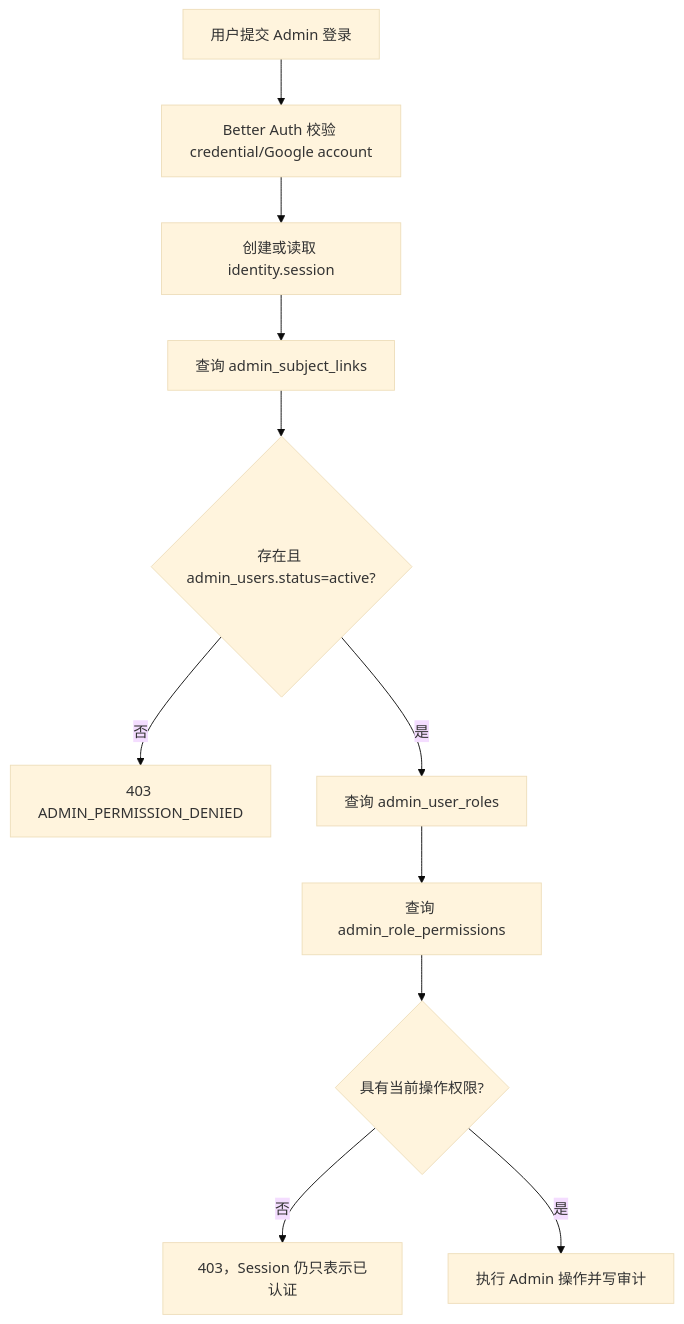
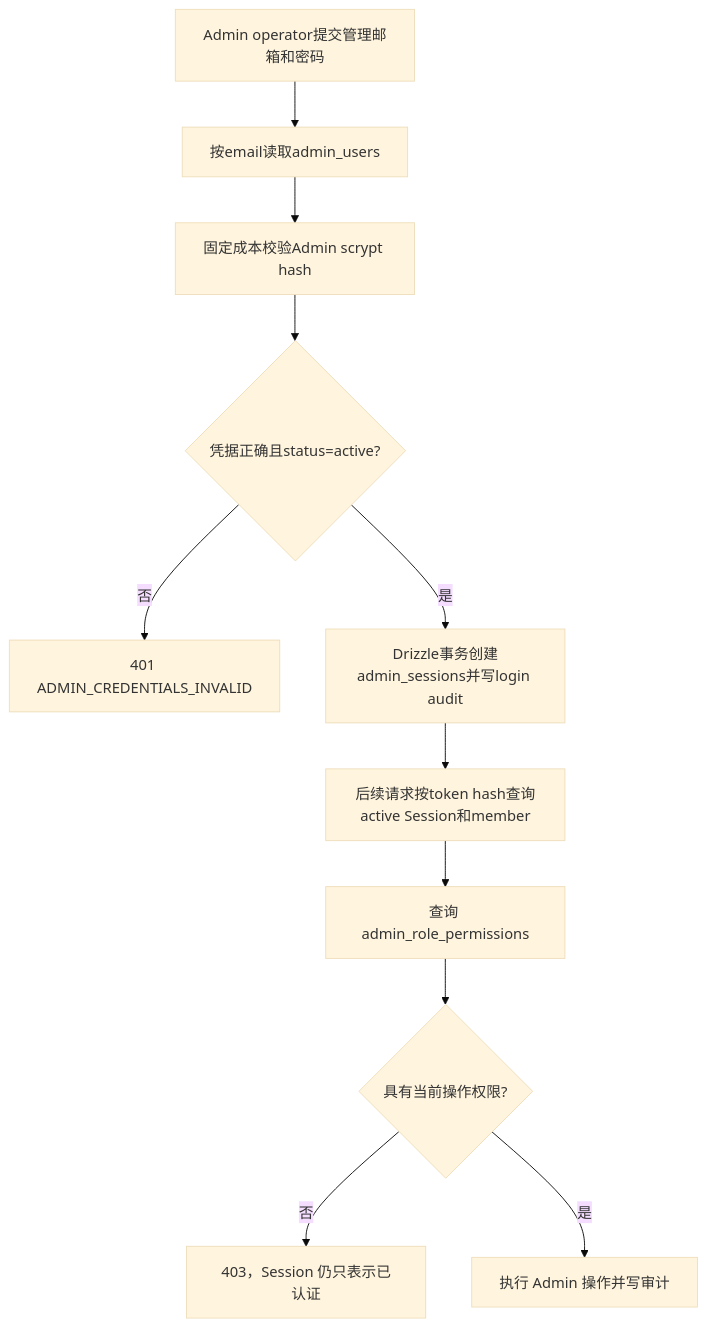
One commit to glide-the/im-dream changed the fourth of 5 diagrams in docs/architecture/auth-identity-er-and-flows.md. Above: the diagram before and after it, drawn with Mermaid (base theme). The commit also changed other lines of this file and 40 other files, not shown here.

Commit message:
fix(auth): use OAuth service tokens for Admin data APIs

````diff
--- a/docs/architecture/auth-identity-er-and-flows.md
+++ b/docs/architecture/auth-identity-er-and-flows.md
@@ -268,13 +276,13 @@
 ```mermaid
 flowchart TD
-    A[用户提交 Admin 登录] --> B[Better Auth 校验 credential/Google account]
-    B --> C[创建或读取 identity.session]
-    C --> D[查询 admin_subject_links]
-    D --> E{存在且 admin_users.status=active?}
-    E -- 否 --> F[403 ADMIN_PERMISSION_DENIED]
-    E -- 是 --> G[查询 admin_user_roles]
+    A[Admin operator提交管理邮箱和密码] --> B[按email读取admin_users]
+    B --> C[固定成本校验Admin scrypt hash]
+    C --> D{凭据正确且status=active?}
+    D -- 否 --> E[401 ADMIN_CREDENTIALS_INVALID]
+    D -- 是 --> F[Drizzle事务创建admin_sessions并写login audit]
+    F --> G[后续请求按token hash查询active Session和member]
     G --> H[查询 admin_role_permissions]
     H --> I{具有当前操作权限?}
     I -- 否 --> J[403，Session 仍只表示已认证]
     I -- 是 --> K[执行 Admin 操作并写审计]
 ```
````
